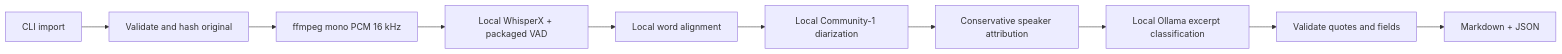
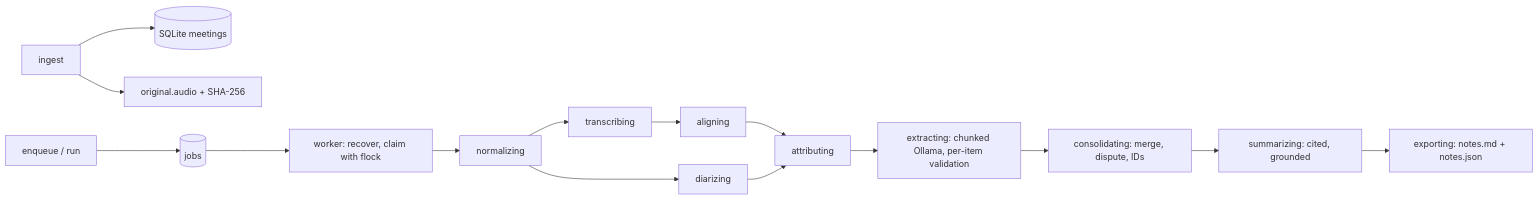
One commit to sparktron/local_audio_notes changed the diagram in docs/ARCHITECTURE.md. Above: the diagram before and after it, drawn with Mermaid. The commit also changed other lines of this file and 45 other files, not shown here.

First line of the commit message:
Phase 2: SQLite persistence, durable jobs, grounded evidence extraction

````diff
--- a/docs/ARCHITECTURE.md
+++ b/docs/ARCHITECTURE.md
@@ -6,12 +8,15 @@
 ```mermaid
 flowchart LR
-  A[CLI import] --> B[Validate and hash original]
-  B --> C[ffmpeg mono PCM 16 kHz]
-  C --> D[Local WhisperX + packaged VAD]
-  D --> E[Local word alignment]
-  E --> F[Local Community-1 diarization]
-  F --> G[Conservative speaker attribution]
-  G --> H[Local Ollama excerpt classification]
-  H --> I[Validate quotes and fields]
-  I --> J[Markdown + JSON]
+  A[ingest] --> B[(SQLite meetings)]
+  A --> C[original.audio + SHA-256]
+  Q[enqueue / run] --> J[(jobs)]
+  J --> W[worker: recover, claim with flock]
+  W --> N[normalizing] --> T[transcribing] --> L[aligning]
+  N --> D[diarizing]
+  L --> R[attributing]
+  D --> R
+  R --> X[extracting: chunked Ollama, per-item validation]
+  X --> K[consolidating: merge, dispute, IDs]
+  K --> S[summarizing: cited, grounded]
+  S --> E[exporting: notes.md + notes.json]
 ```
````
